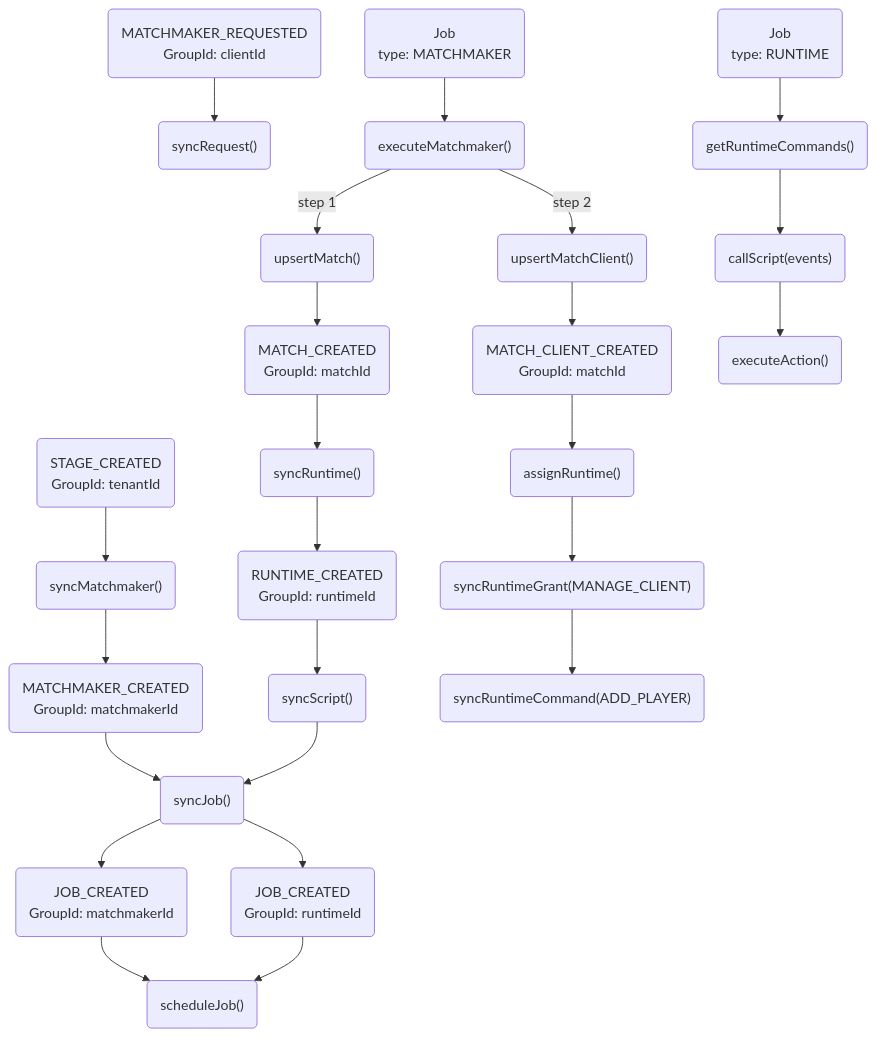
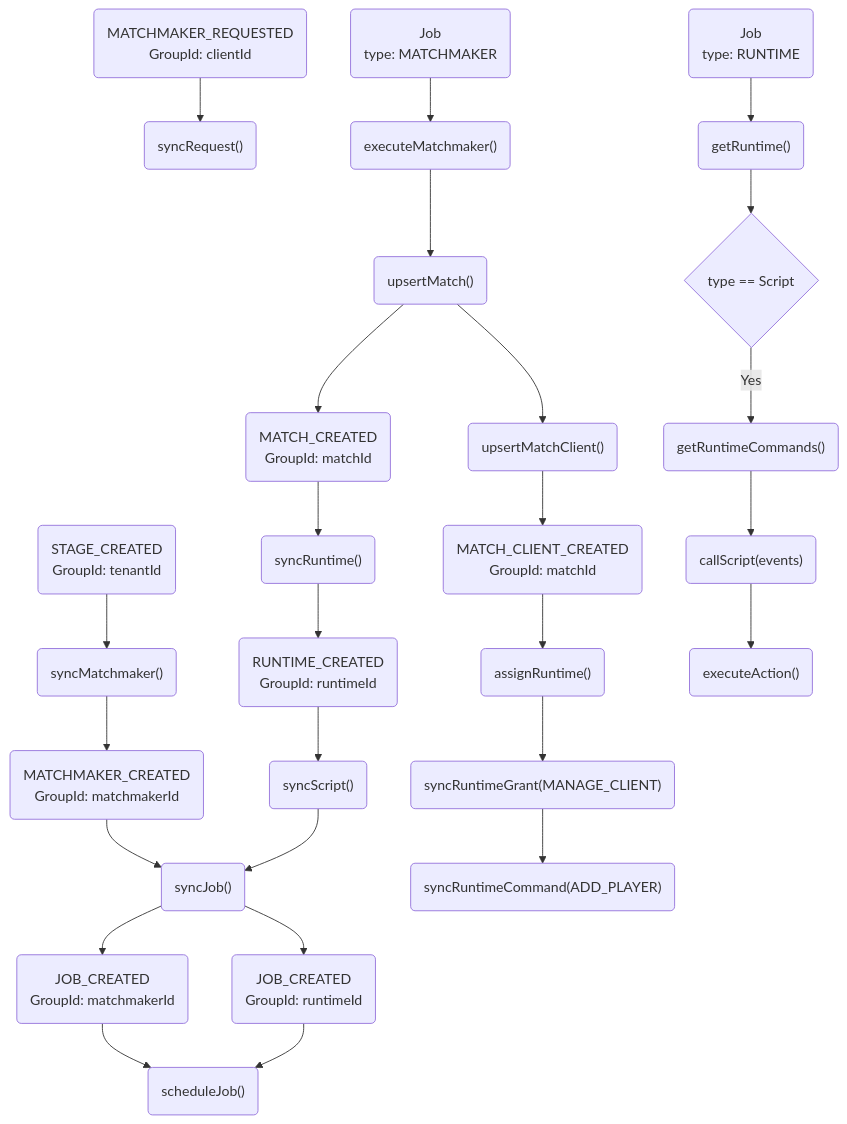
One commit to OMGSERVERS/omgservers changed the diagram in omgservers-documentation/MatchmakingEventGraph.md. Above: the diagram before and after it, drawn with Mermaid. The commit also changed 26 other files, not shown here.

````diff
--- a/omgservers-documentation/MatchmakingEventGraph.md
+++ b/omgservers-documentation/MatchmakingEventGraph.md
@@ -3,33 +3,35 @@
 ```mermaid
 graph TD;
 
 StageCreated(STAGE_CREATED<br/>GroupId: tenantId) --> syncMatchmaker("syncMatchmaker()")
 syncMatchmaker("syncMatchmaker()") --> MatchmakerCreated(MATCHMAKER_CREATED<br/>GroupId: matchmakerId)
 MatchmakerCreated(MATCHMAKER_CREATED<br/>GroupId: matchmakerId) --> syncJob("syncJob()")
 syncJob("syncJob()") --> JobMatchmakerCreated(JOB_CREATED<br/>GroupId: matchmakerId)
 JobMatchmakerCreated(JOB_CREATED<br/>GroupId: matchmakerId) --> scheduleJob("scheduleJob()")
 
 MatchmakerRequested(MATCHMAKER_REQUESTED<br/>GroupId: clientId) --> syncRequest("syncRequest()")
 
 MatchmakerJob(Job<br/>type: MATCHMAKER) --> executeMatchmaker("executeMatchmaker()")
-executeMatchmaker("executeMatchmaker()") -- step 1 --> upsertMatch("upsertMatch()")
-executeMatchmaker("executeMatchmaker()") -- step 2 --> upsertMatchClient("upsertMatchClient()")
+executeMatchmaker("executeMatchmaker()") --> upsertMatch("upsertMatch()")
 
 upsertMatch("upsertMatch()") --> MatchCreated(MATCH_CREATED<br/>GroupId: matchId)
 MatchCreated(MATCH_CREATED<br/>GroupId: matchId) --> syncRuntime("syncRuntime()")
 syncRuntime("syncRuntime()") --> RuntimeCreated(RUNTIME_CREATED<br/>GroupId: runtimeId)
 RuntimeCreated(RUNTIME_CREATED<br/>GroupId: runtimeId) --> syncScript("syncScript()")
 syncJob("syncJob()") --> JobRuntimeCreated(JOB_CREATED<br/>GroupId: runtimeId)
 JobRuntimeCreated(JOB_CREATED<br/>GroupId: runtimeId) --> scheduleJob("scheduleJob()")
 syncScript("syncScript()") --> syncJob("syncJob()")
 
+upsertMatch("upsertMatch()") --> upsertMatchClient("upsertMatchClient()") 
 upsertMatchClient("upsertMatchClient()") --> MatchClientCreated(MATCH_CLIENT_CREATED<br/>GroupId: matchId)
 MatchClientCreated(MATCH_CLIENT_CREATED<br/>GroupId: matchId) --> assignRuntime("assignRuntime()")
 assignRuntime("assignRuntime()") --> syncRuntimeGrant("syncRuntimeGrant(MANAGE_CLIENT)")
 syncRuntimeGrant("syncRuntimeGrant(MANAGE_CLIENT)") --> syncRuntimeCommand("syncRuntimeCommand(ADD_PLAYER)")
 
-RuntimeJob(Job<br/>type: RUNTIME) --> getRuntimeCommands("getRuntimeCommands()")
+RuntimeJob(Job<br/>type: RUNTIME) --> getRuntime("getRuntime()")
+getRuntime("getRuntime()") --> checkRuntimeType{"type == Script"}
+checkRuntimeType{"type == Script"} -- Yes --> getRuntimeCommands("getRuntimeCommands()")
 getRuntimeCommands("getRuntimeCommands()") --> callScript("callScript(events)")
 callScript("callScript(events)") --> executeAction("executeAction()")
 
 ```
````
